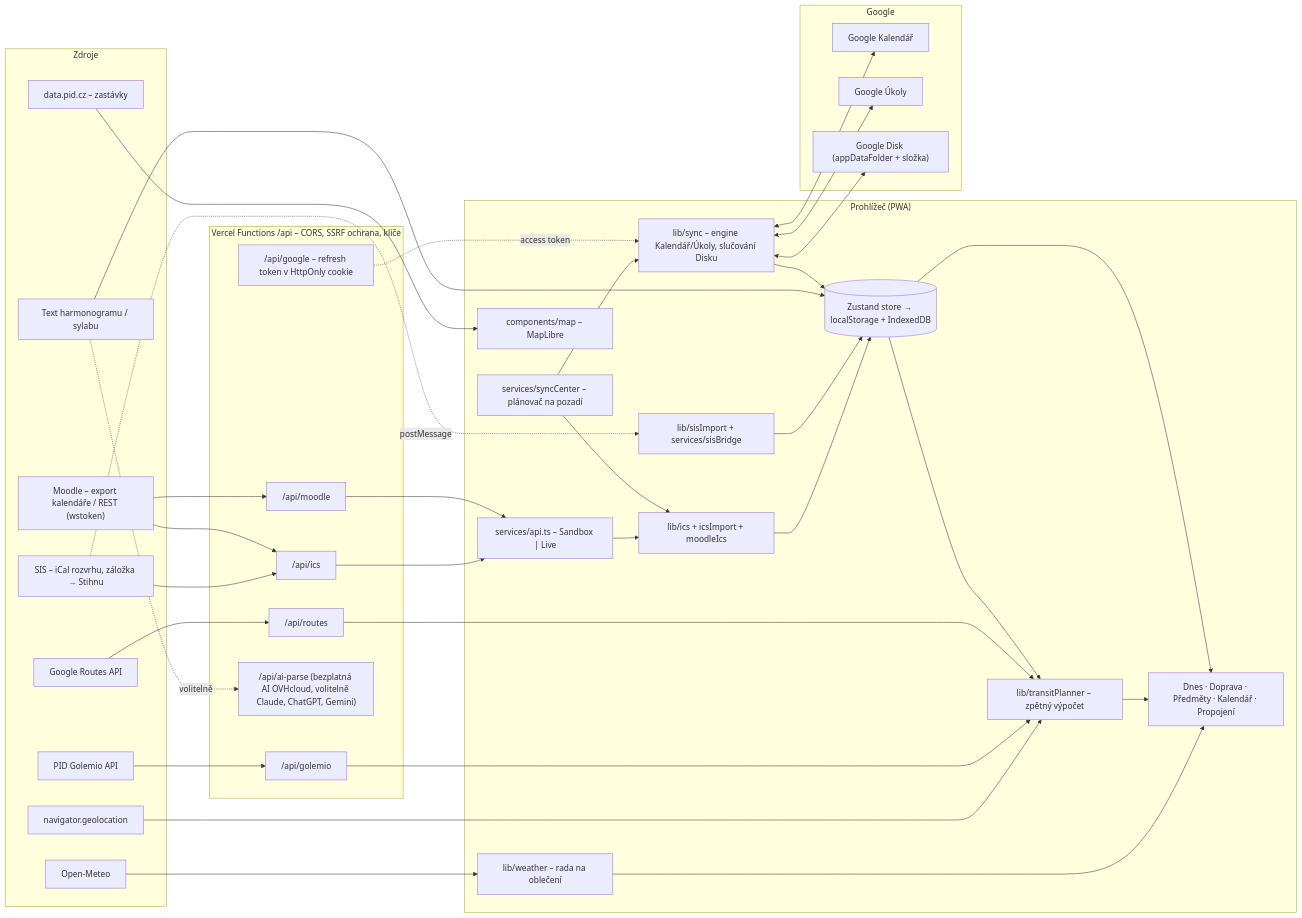
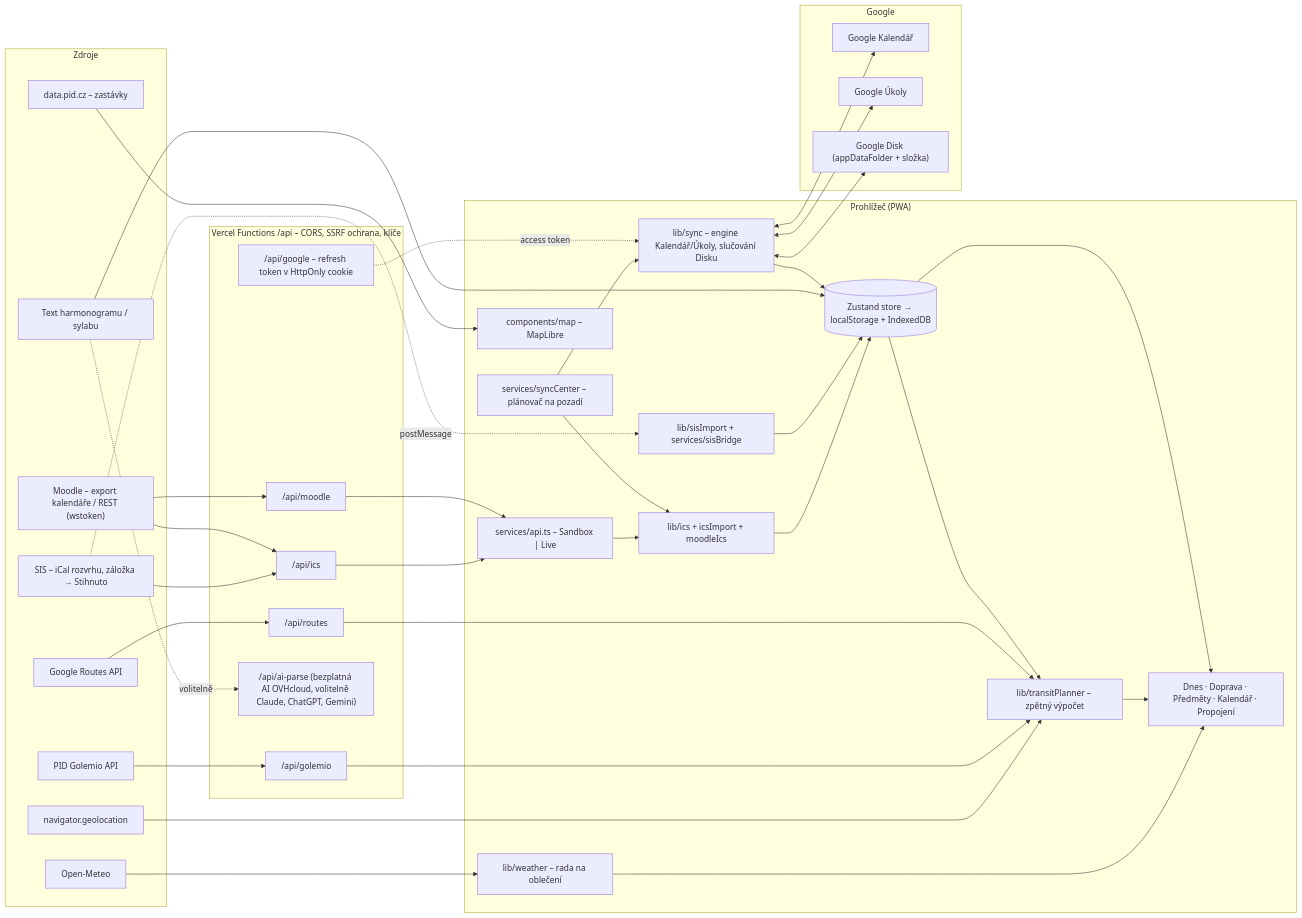
The diagram in ARCHITECTURE.md (andron297/prazskystudent), drawn with Mermaid before and after one commit. The commit also changed other lines of this file and 250 other files, not shown here.

````diff
--- a/ARCHITECTURE.md
+++ b/ARCHITECTURE.md
@@ -6,62 +6,62 @@
 ```mermaid
 flowchart LR
   subgraph Zdroje
-    SIS["SIS – iCal rozvrhu, záložka → Stihnu"]
+    SIS["SIS – iCal rozvrhu, záložka → Stihnuto"]
     MOODLE["Moodle – export kalendáře / REST (wstoken)"]
     TEXT["Text harmonogramu / sylabu"]
     GPS["navigator.geolocation"]
     GOL["PID Golemio API"]
     ROUTES["Google Routes API"]
     PID["data.pid.cz – zastávky"]
     METEO["Open-Meteo"]
   end
 
   subgraph Proxy["Vercel Functions /api – CORS, SSRF ochrana, klíče"]
     PICS["/api/ics"]
     PMOO["/api/moodle"]
     PGOL["/api/golemio"]
     PRT["/api/routes"]
     PAI["/api/ai-parse (bezplatná AI OVHcloud, volitelně Claude, ChatGPT, Gemini)"]
     PGOO["/api/google – refresh token v HttpOnly cookie"]
   end
 
   subgraph Klient["Prohlížeč (PWA)"]
     API["services/api.ts – Sandbox | Live"]
     CENTER["services/syncCenter – plánovač na pozadí"]
     ENGINE["lib/sync – engine Kalendář/Úkoly, slučování Disku"]
     ICSP["lib/ics + icsImport + moodleIcs"]
     SISP["lib/sisImport + services/sisBridge"]
     PLAN["lib/transitPlanner – zpětný výpočet"]
     MAP["components/map – MapLibre"]
     WEATHER["lib/weather – rada na oblečení"]
     STORE[("Zustand store → localStorage + IndexedDB")]
     UI["Dnes · Doprava · Předměty · Kalendář · Propojení"]
   end
 
   subgraph Google
     GCAL["Google Kalendář"]
     GTASKS["Google Úkoly"]
     GDRIVE["Google Disk (appDataFolder + složka)"]
   end
 
   SIS --> PICS --> API --> ICSP --> STORE
   MOODLE --> PICS
   MOODLE --> PMOO --> API
   SIS -. postMessage .-> SISP --> STORE
   TEXT --> STORE
   TEXT -. volitelně .-> PAI
   GPS --> PLAN
   GOL --> PGOL --> PLAN
   ROUTES --> PRT --> PLAN
   PID --> MAP
   METEO --> WEATHER --> UI
   STORE --> PLAN --> UI
   CENTER --> ICSP
   CENTER --> ENGINE
   ENGINE <--> GCAL
   ENGINE <--> GTASKS
   ENGINE <--> GDRIVE
   ENGINE --> STORE
   PGOO -. access token .-> ENGINE
   STORE --> UI
 ```
````
